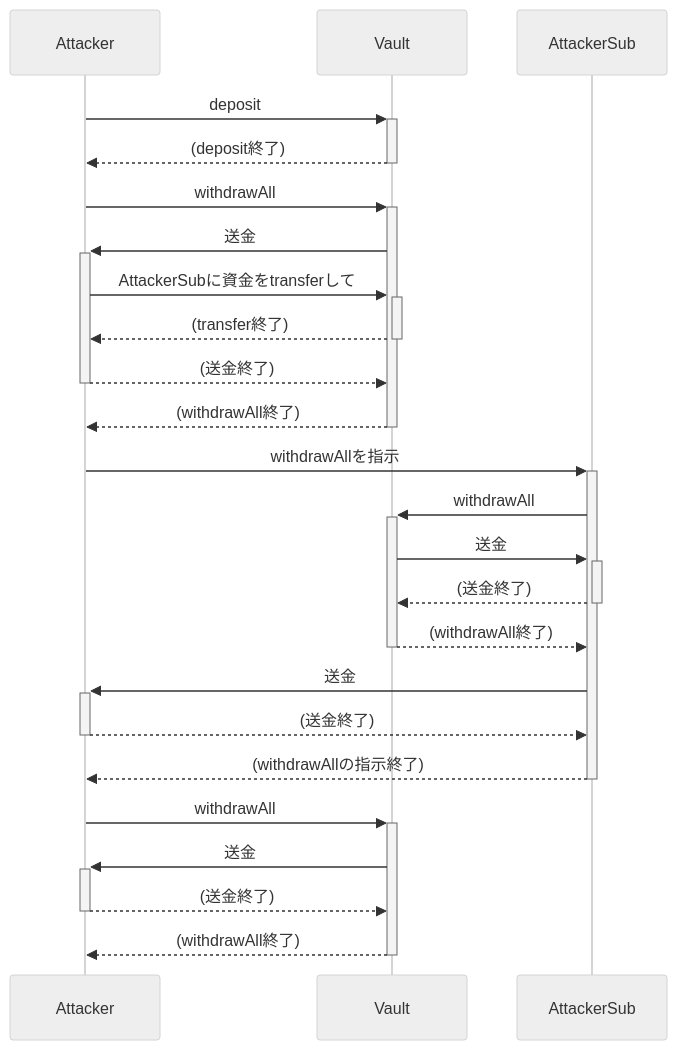
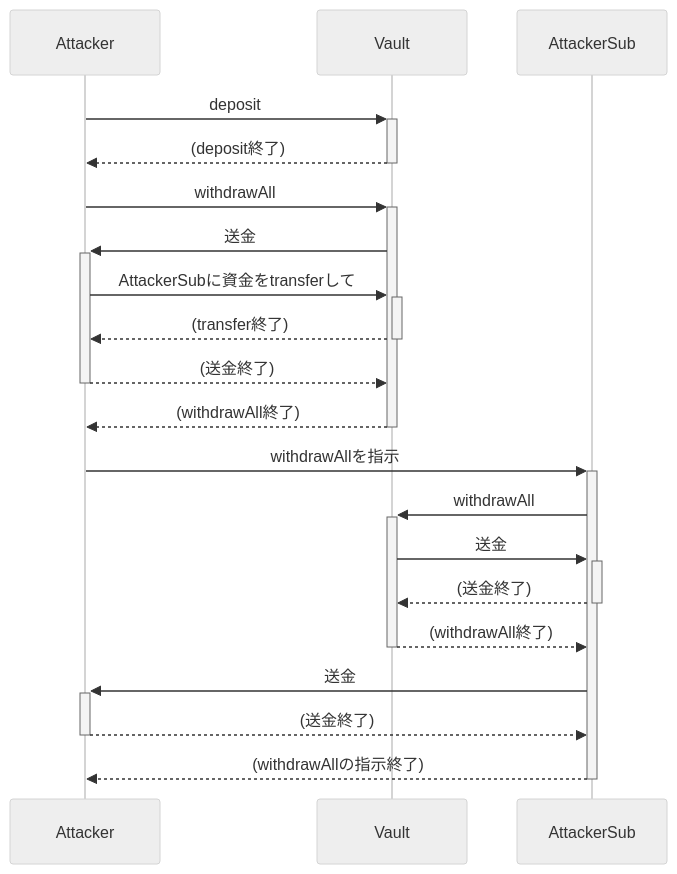
The second of 3 diagrams in course/reentrancy/README.md (minaminao/seccamp), drawn with Mermaid (neutral theme) before and after one commit. The commit also changed other lines of this file, not shown here.

Commit message:
fix: remove unnecessary flow

````diff
--- a/course/reentrancy/README.md
+++ b/course/reentrancy/README.md
@@ -338,27 +338,23 @@
 ```mermaid
 sequenceDiagram
     participant Attacker
     participant Vault
     participant AttackerSub
 
 	Attacker ->>+ Vault: deposit
 	Vault -->>- Attacker: (deposit終了)
 	Attacker ->>+ Vault: withdrawAll
 	Vault ->>+ Attacker: 送金
 	Attacker ->>+ Vault: AttackerSubに資金をtransferして
 	Vault -->>- Attacker: (transfer終了)
 	Attacker -->>- Vault: (送金終了)
 	Vault -->>- Attacker: (withdrawAll終了)
 	Attacker ->>+ AttackerSub: withdrawAllを指示
 	AttackerSub ->>+ Vault: withdrawAll
 	Vault ->>+ AttackerSub: 送金
 	AttackerSub -->>- Vault: (送金終了)
 	Vault -->>- AttackerSub: (withdrawAll終了)
 	AttackerSub ->>+ Attacker: 送金
 	Attacker -->>- AttackerSub: (送金終了)
 	AttackerSub -->>- Attacker: (withdrawAllの指示終了)
-	Attacker ->>+ Vault: withdrawAll
-	Vault ->>+ Attacker: 送金
-	Attacker -->>- Vault: (送金終了)
-	Vault -->>- Attacker: (withdrawAll終了)
 ```
````
